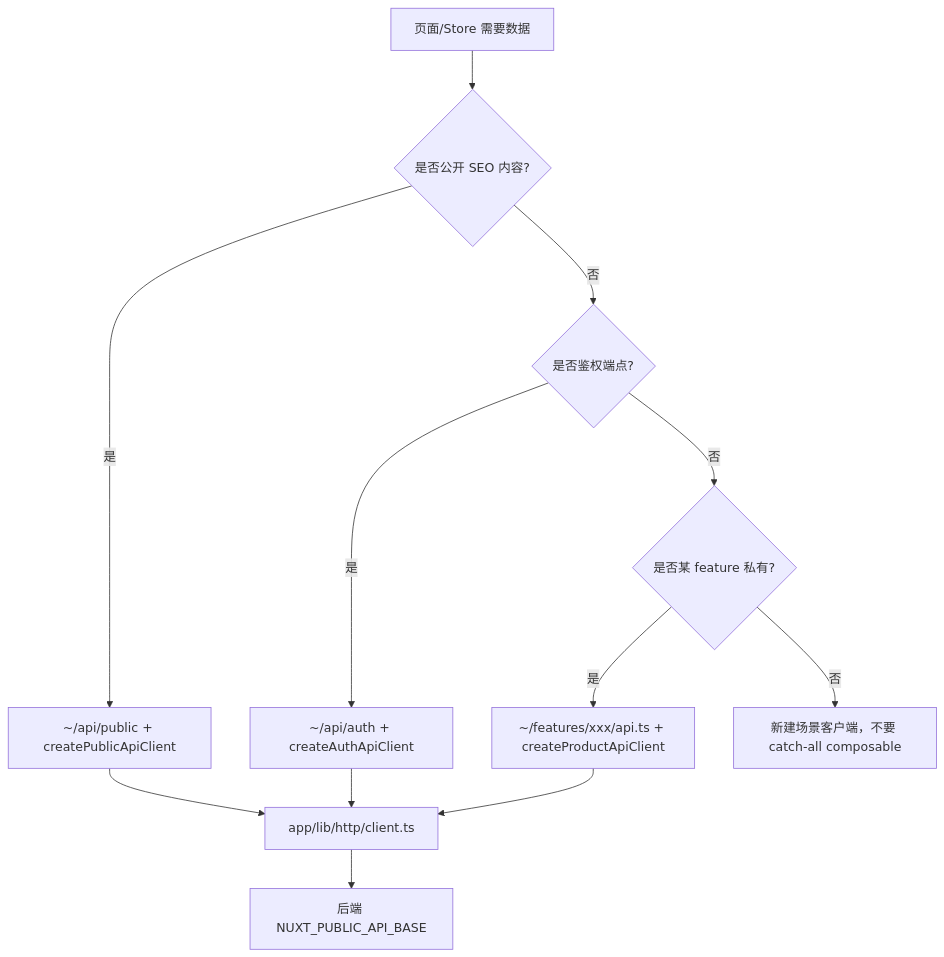
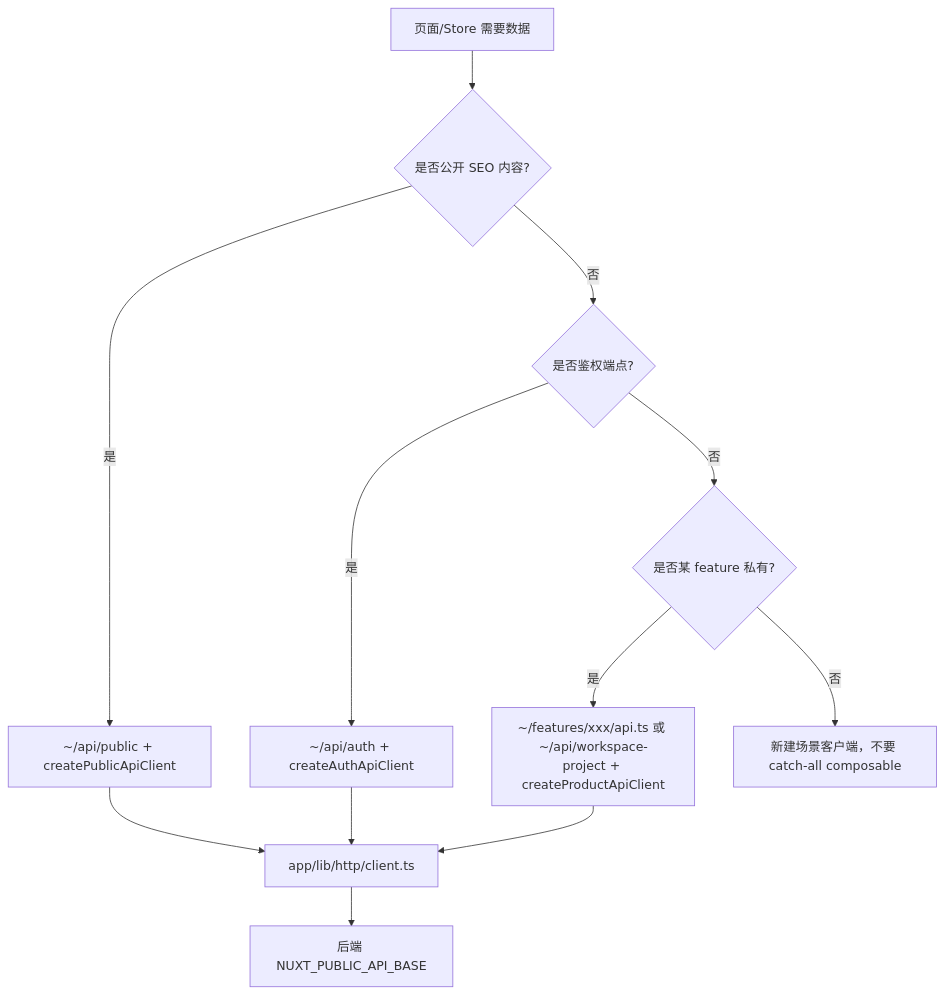
One commit to YanivWang/nuxt-modern-starter changed the diagram in docs-site/architecture/overview.md. Above: the diagram before and after it, drawn with Mermaid. The commit also changed 66 other files, not shown here.

````diff
--- a/docs-site/architecture/overview.md
+++ b/docs-site/architecture/overview.md
@@ -45,15 +45,15 @@
 ```mermaid
 flowchart TD
     Start[页面/Store 需要数据] --> Q1{是否公开 SEO 内容?}
     Q1 -->|是| Pub[~/api/public + createPublicApiClient]
     Q1 -->|否| Q2{是否鉴权端点?}
     Q2 -->|是| Auth[~/api/auth + createAuthApiClient]
     Q2 -->|否| Q3{是否某 feature 私有?}
-    Q3 -->|是| Feat[~/features/xxx/api.ts + createProductApiClient]
+    Q3 -->|是| Feat[~/features/xxx/api.ts 或 ~/api/workspace-project + createProductApiClient]
     Q3 -->|否| New[新建场景客户端，不要 catch-all composable]
 
     Pub --> Client[app/lib/http/client.ts]
     Auth --> Client
     Feat --> Client
     Client --> API[后端 NUXT_PUBLIC_API_BASE]
 ```
````
